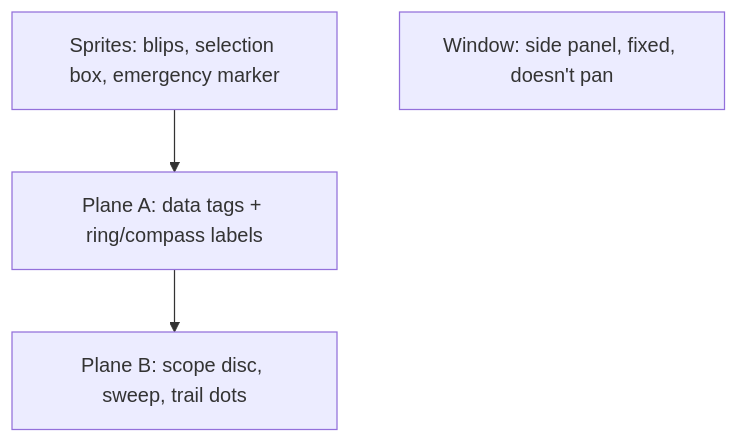
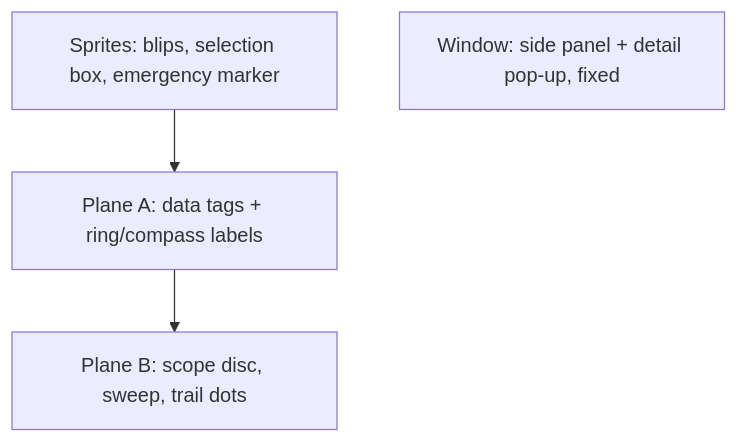
Before and after one commit to jfryman/mega-wifi-radar: the diagram in lode/ui/screen-layout.md, drawn with Mermaid. The commit also changed other lines of this file and 17 other files, not shown here.

Commit message:
lode: traffic list, detail pop-up, contract v2 and lock-step versions

````diff
--- a/lode/ui/screen-layout.md
+++ b/lode/ui/screen-layout.md
@@ -62,7 +71,7 @@
 ```mermaid
 flowchart TB
   SP[Sprites: blips, selection box, emergency marker] --> A
   A[Plane A: data tags + ring/compass labels] --> B
   B[Plane B: scope disc, sweep, trail dots]
-  W[Window: side panel, fixed, doesn't pan]
+  W[Window: side panel + detail pop-up, fixed]
 ```
````
